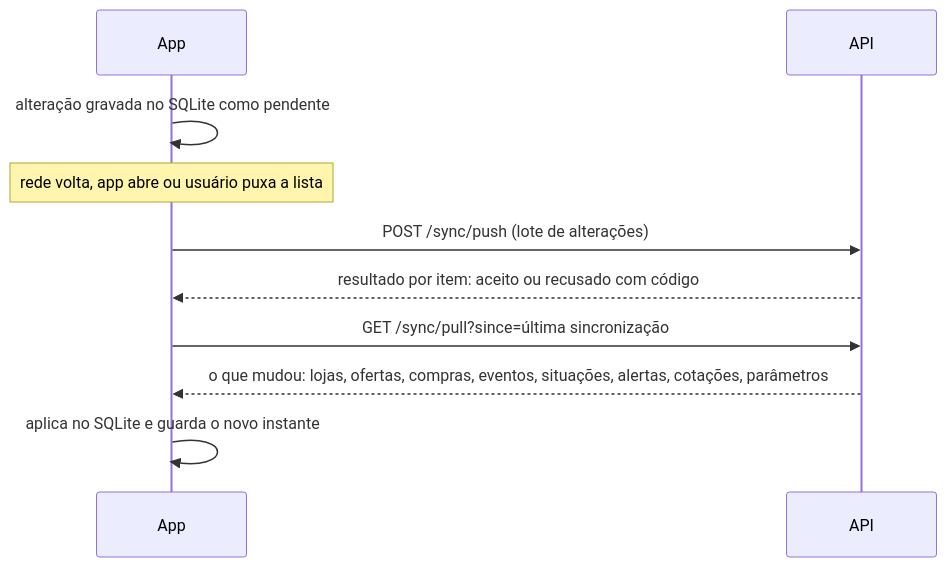
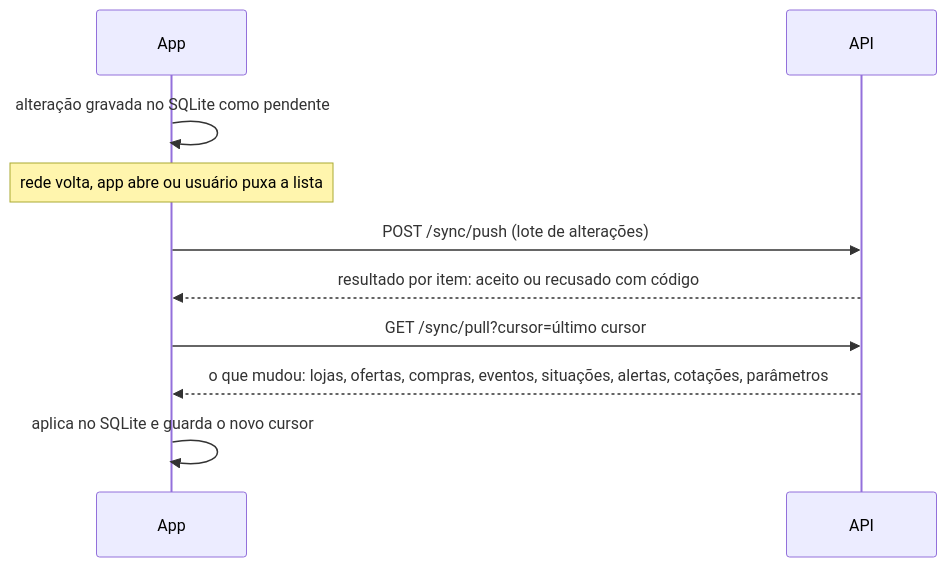
The second of 2 diagrams in docs/02-arquitetura/visao-geral.md (HigorPauulo/app-importaai), drawn with Mermaid before and after one commit. The commit also changed other lines of this file and 8 other files, not shown here.

First line of the commit message:
docs(sync): corrige ciclo do mutation_id, ordem do envio e cursor

````diff
--- a/docs/02-arquitetura/visao-geral.md
+++ b/docs/02-arquitetura/visao-geral.md
@@ -137,12 +137,12 @@
 ```mermaid
 sequenceDiagram
     participant App
     participant API
     App->>App: alteração gravada no SQLite como pendente
     Note over App: rede volta, app abre ou usuário puxa a lista
     App->>API: POST /sync/push (lote de alterações)
     API-->>App: resultado por item: aceito ou recusado com código
-    App->>API: GET /sync/pull?since=última sincronização
+    App->>API: GET /sync/pull?cursor=último cursor
     API-->>App: o que mudou: lojas, ofertas, compras, eventos, situações, alertas, cotações, parâmetros
-    App->>App: aplica no SQLite e guarda o novo instante
+    App->>App: aplica no SQLite e guarda o novo cursor
 ```
````
